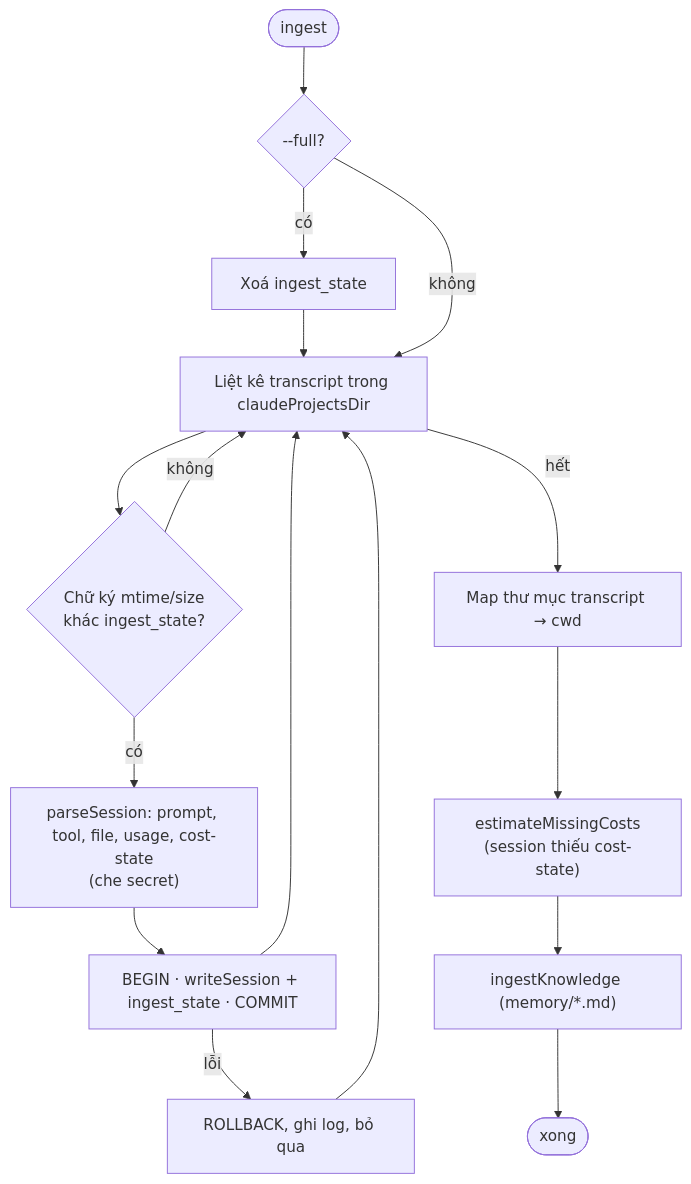
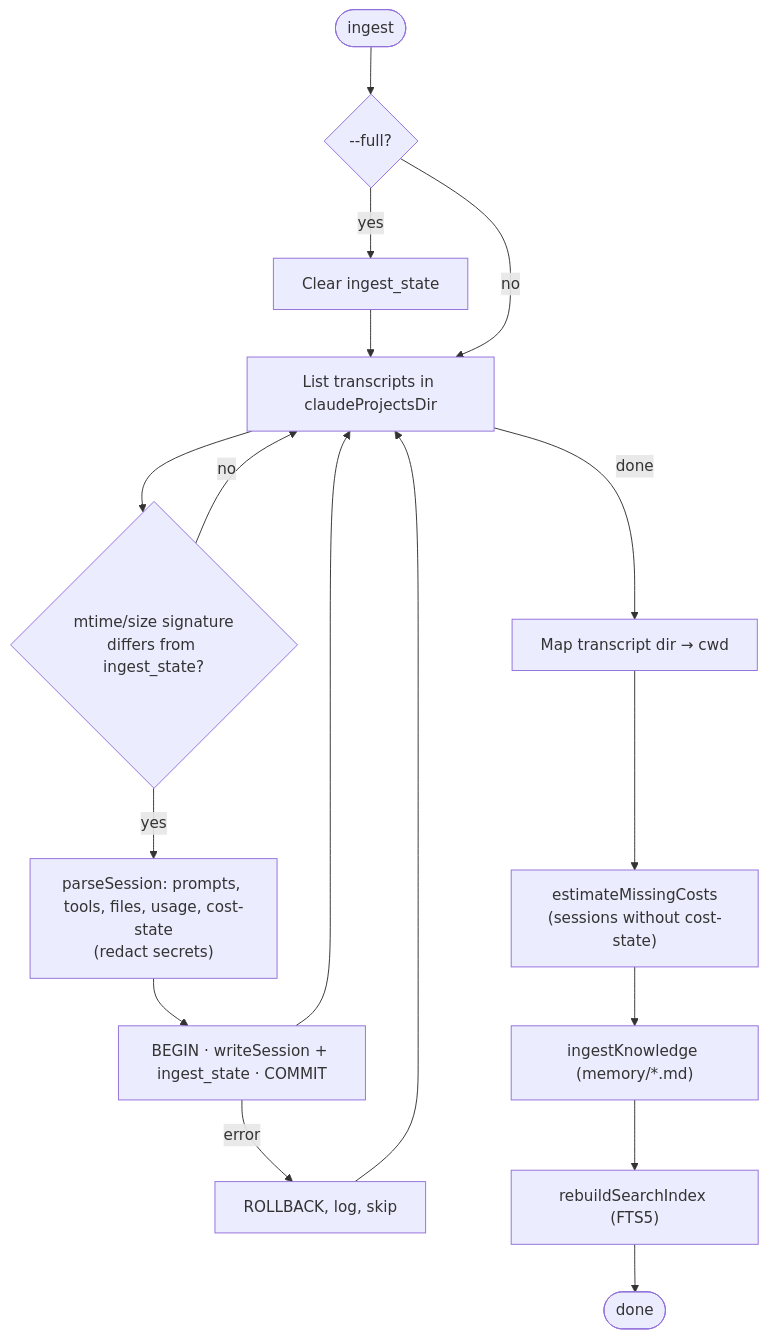
Before and after one commit to hienct-fpt/personal-brain: the second of 5 diagrams in docs/PLAN.md, drawn with Mermaid. The commit also changed other lines of this file and 11 other files, not shown here.

````diff
--- a/docs/PLAN.md
+++ b/docs/PLAN.md
@@ -54,16 +56,17 @@
 ```mermaid
 flowchart TD
   A([ingest]) --> B{"--full?"}
-  B -- có --> B1["Xoá ingest_state"] --> C
-  B -- không --> C["Liệt kê transcript trong claudeProjectsDir"]
-  C --> D{"Chữ ký mtime/size<br/>khác ingest_state?"}
-  D -- không --> C
-  D -- có --> E["parseSession: prompt, tool, file, usage, cost-state<br/>(che secret)"]
+  B -- yes --> B1["Clear ingest_state"] --> C
+  B -- no --> C["List transcripts in claudeProjectsDir"]
+  C --> D{"mtime/size signature<br/>differs from ingest_state?"}
+  D -- no --> C
+  D -- yes --> E["parseSession: prompts, tools, files, usage, cost-state<br/>(redact secrets)"]
   E --> F["BEGIN · writeSession + ingest_state · COMMIT"]
-  F -- lỗi --> F1["ROLLBACK, ghi log, bỏ qua"] --> C
+  F -- error --> F1["ROLLBACK, log, skip"] --> C
   F --> C
-  C -- hết --> G["Map thư mục transcript → cwd"]
-  G --> H["estimateMissingCosts<br/>(session thiếu cost-state)"]
+  C -- done --> G["Map transcript dir → cwd"]
+  G --> H["estimateMissingCosts<br/>(sessions without cost-state)"]
   H --> K["ingestKnowledge (memory/*.md)"]
-  K --> Z([xong])
+  K --> R["rebuildSearchIndex (FTS5)"]
+  R --> Z([done])
 ```
````
